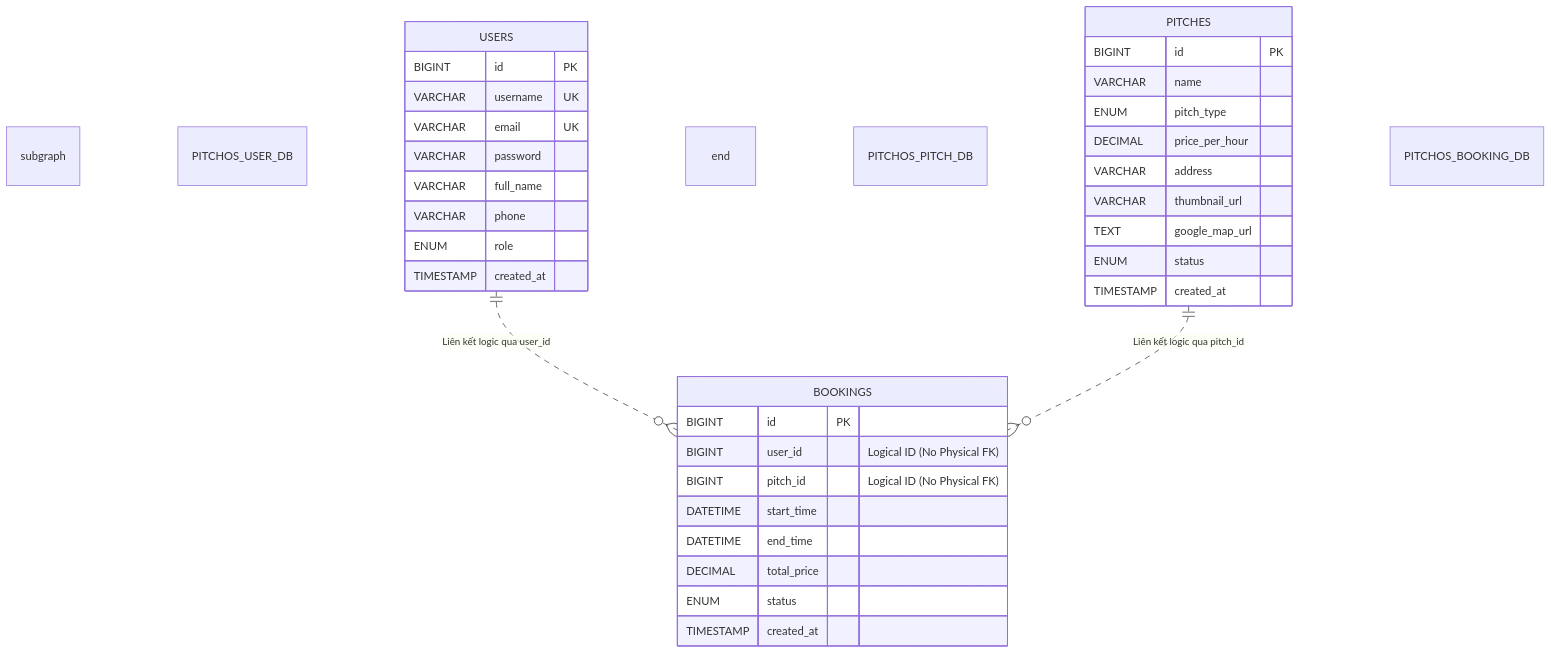
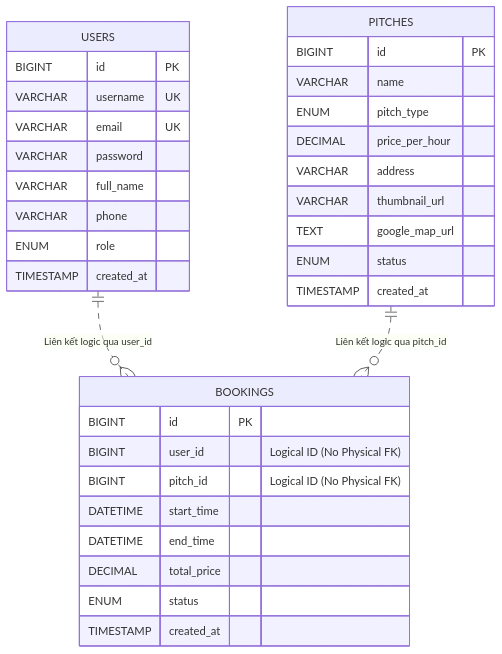
The second of 2 diagrams in docs/BAO_CAO_CHUONG_3_HUNG.md (viduchung/PTPM), drawn with Mermaid before and after one commit. The commit also changed 1 other file, not shown here.

Commit message:
docs: lam ro ten de tai PitchOS o chuong 1 va sua so do ERD chuong 3

````diff
--- a/docs/BAO_CAO_CHUONG_3_HUNG.md
+++ b/docs/BAO_CAO_CHUONG_3_HUNG.md
@@ -128,45 +128,39 @@
 ```mermaid
 erDiagram
-    subgraph PITCHOS_USER_DB
-        USERS {
-            BIGINT id PK
-            VARCHAR username UK
-            VARCHAR email UK
-            VARCHAR password
-            VARCHAR full_name
-            VARCHAR phone
-            ENUM role
-            TIMESTAMP created_at
-        }
-    end
+    USERS {
+        BIGINT id PK
+        VARCHAR username UK
+        VARCHAR email UK
+        VARCHAR password
+        VARCHAR full_name
+        VARCHAR phone
+        ENUM role
+        TIMESTAMP created_at
+    }
 
-    subgraph PITCHOS_PITCH_DB
-        PITCHES {
-            BIGINT id PK
-            VARCHAR name
-            ENUM pitch_type
-            DECIMAL price_per_hour
-            VARCHAR address
-            VARCHAR thumbnail_url
-            TEXT google_map_url
-            ENUM status
-            TIMESTAMP created_at
-        }
-    end
+    PITCHES {
+        BIGINT id PK
+        VARCHAR name
+        ENUM pitch_type
+        DECIMAL price_per_hour
+        VARCHAR address
+        VARCHAR thumbnail_url
+        TEXT google_map_url
+        ENUM status
+        TIMESTAMP created_at
+    }
 
-    subgraph PITCHOS_BOOKING_DB
-        BOOKINGS {
-            BIGINT id PK
-            BIGINT user_id "Logical ID (No Physical FK)"
-            BIGINT pitch_id "Logical ID (No Physical FK)"
-            DATETIME start_time
-            DATETIME end_time
-            DECIMAL total_price
-            ENUM status
-            TIMESTAMP created_at
-        }
-    end
+    BOOKINGS {
+        BIGINT id PK
+        BIGINT user_id "Logical ID (No Physical FK)"
+        BIGINT pitch_id "Logical ID (No Physical FK)"
+        DATETIME start_time
+        DATETIME end_time
+        DECIMAL total_price
+        ENUM status
+        TIMESTAMP created_at
+    }
 
     USERS ||..o{ BOOKINGS : "Liên kết logic qua user_id"
     PITCHES ||..o{ BOOKINGS : "Liên kết logic qua pitch_id"
 ```
````
